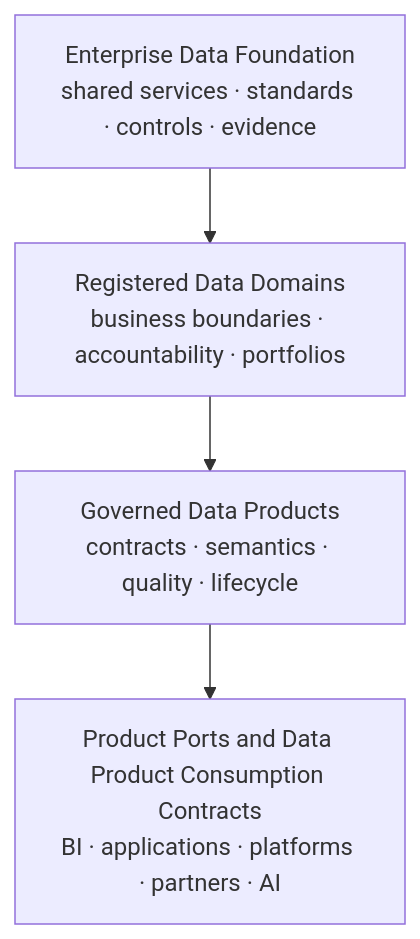
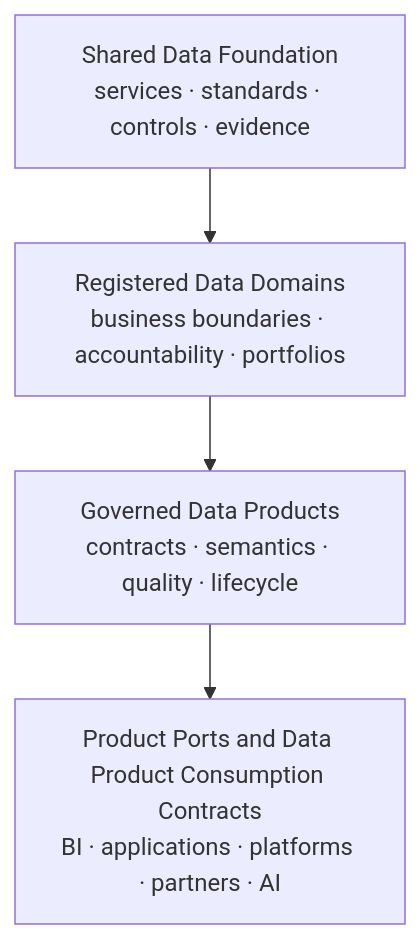
The first of 2 diagrams in docs/architecture/data-domain-design.md (cong78/data-foundation-architecture), drawn with Mermaid before and after one commit. The commit also changed other lines of this file and 63 other files, not shown here.

Commit message:
Publish data foundation architecture v0.1.0

````diff
--- a/docs/architecture/data-domain-design.md
+++ b/docs/architecture/data-domain-design.md
@@ -11,9 +11,9 @@
 ```mermaid
 flowchart TB
-    F["Enterprise Data Foundation<br/>shared services · standards · controls · evidence"]
+    F["Shared Data Foundation<br/>services · standards · controls · evidence"]
     D["Registered Data Domains<br/>business boundaries · accountability · portfolios"]
     P["Governed Data Products<br/>contracts · semantics · quality · lifecycle"]
     C["Product Ports and Data Product Consumption Contracts<br/>BI · applications · platforms · partners · AI"]
 
     F --> D --> P --> C
 ```
````
